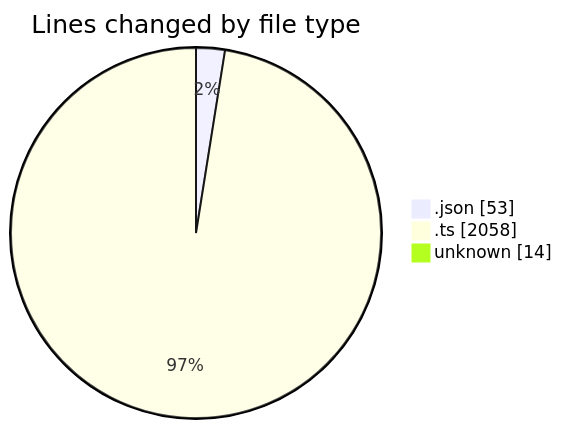
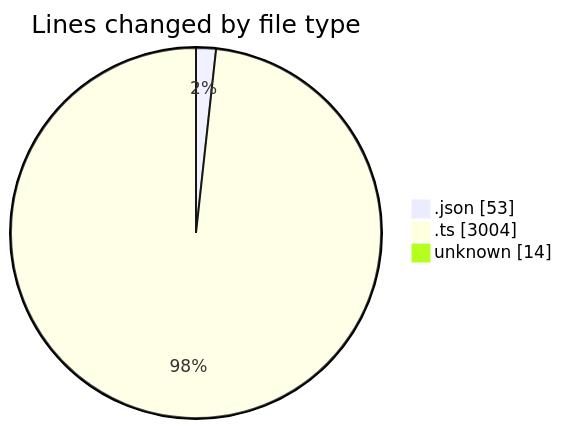
Before and after one commit to tmsrecording-cyber/code-tracking: the first of 2 diagrams in 2026-02-01/singularitybrainai/README.md, drawn with Mermaid. The commit also changed other lines of this file and 1 other file, not shown here.

````diff
--- a/2026-02-01/singularitybrainai/README.md
+++ b/2026-02-01/singularitybrainai/README.md
@@ -24,7 +24,7 @@
 ```mermaid
 pie showData
 title Lines changed by file type
 ".json" : 53
-".ts" : 2058
+".ts" : 3004
 "unknown" : 14
 ```
````
